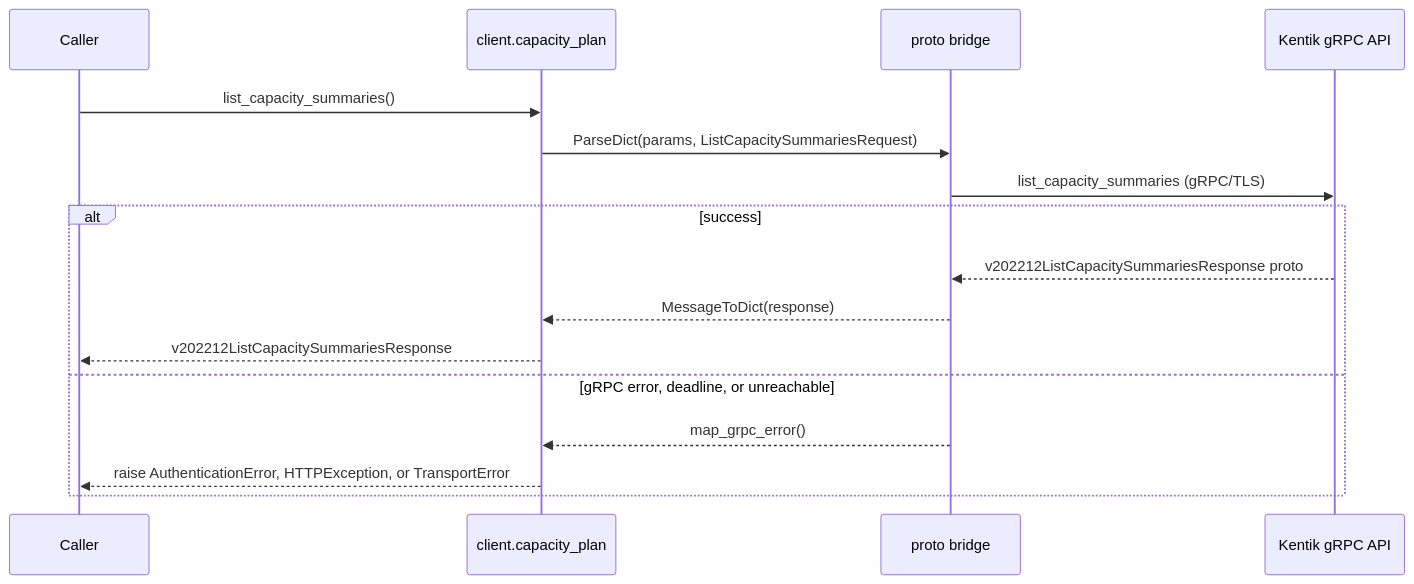
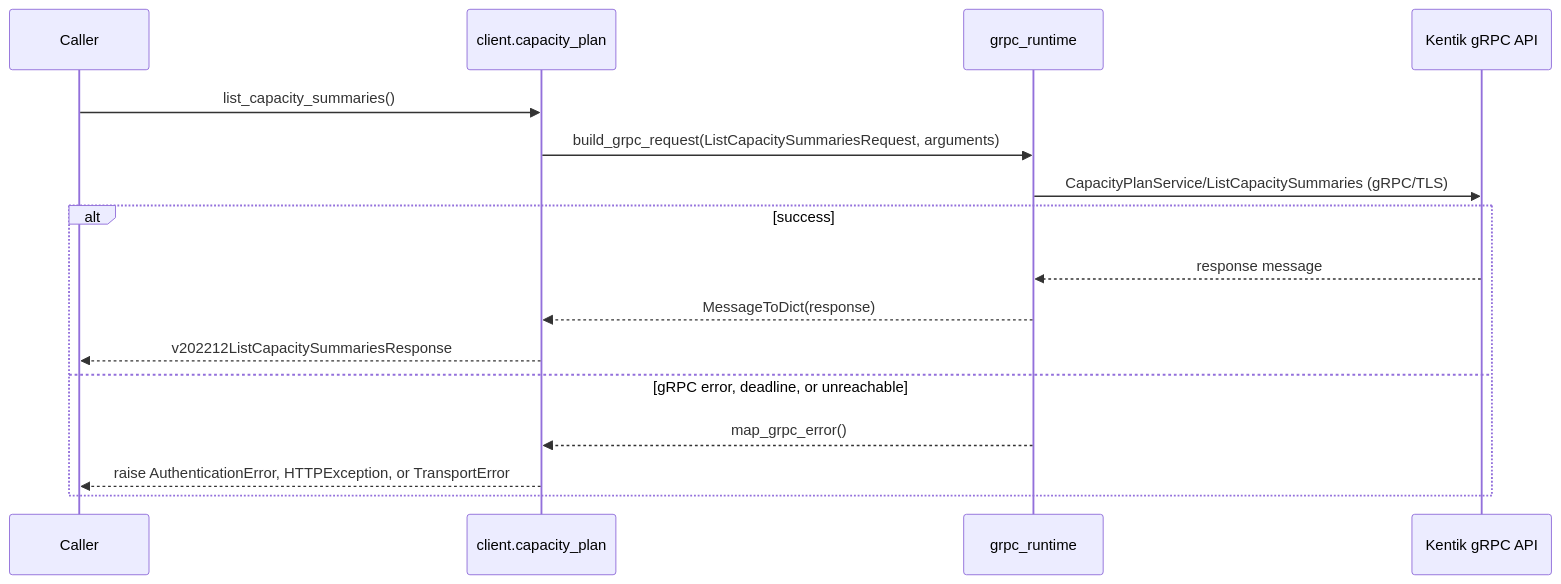
Before and after one commit to alexdearaujo/community_sdk_python: the fifth of 10 diagrams in docs/sphinx/services/capacity_plan.md, drawn with Mermaid. The commit also changed other lines of this file and 37 other files, not shown here.

First line of the commit message:
docs: show the real RPC in each service page's gRPC diagram

````diff
--- a/docs/sphinx/services/capacity_plan.md
+++ b/docs/sphinx/services/capacity_plan.md
@@ -127,19 +127,19 @@
 ```mermaid
 sequenceDiagram
     participant C as Caller
     participant W as client.capacity_plan
-    participant B as proto bridge
+    participant R as grpc_runtime
     participant API as Kentik gRPC API
 
     C->>W: list_capacity_summaries()
-    W->>B: ParseDict(params, ListCapacitySummariesRequest)
-    B->>API: list_capacity_summaries (gRPC/TLS)
+    W->>R: build_grpc_request(ListCapacitySummariesRequest, arguments)
+    R->>API: CapacityPlanService/ListCapacitySummaries (gRPC/TLS)
     alt success
-        API-->>B: v202212ListCapacitySummariesResponse proto
-        B-->>W: MessageToDict(response)
+        API-->>R: response message
+        R-->>W: MessageToDict(response)
         W-->>C: v202212ListCapacitySummariesResponse
     else gRPC error, deadline, or unreachable
-        B-->>W: map_grpc_error()
+        R-->>W: map_grpc_error()
         W-->>C: raise AuthenticationError, HTTPException, or TransportError
     end
 ```
````
